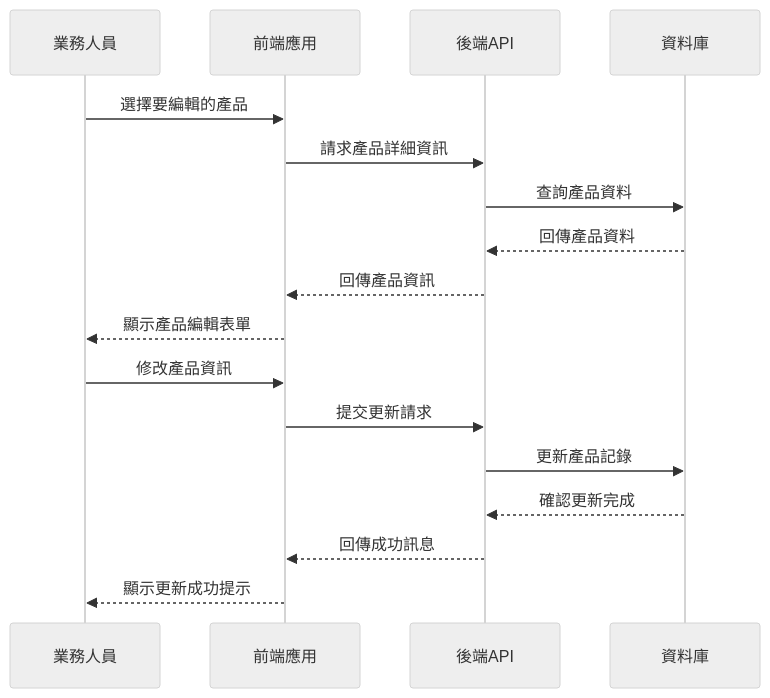
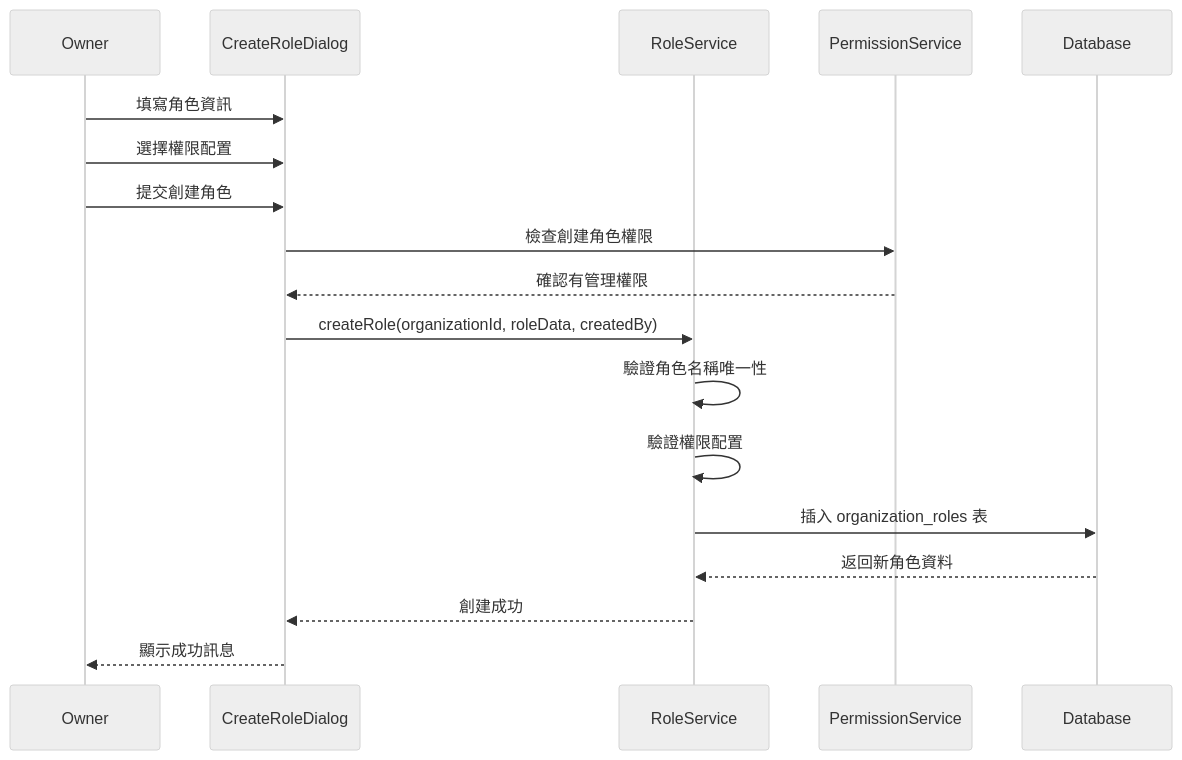
Before and after one commit to quinticechen/qerp-system: the fifth of 18 diagrams in docs/SEQUENCE_DIAGRAMS.md, drawn with Mermaid (neutral theme). The commit also changed other lines of this file and 9 other files, not shown here.

First line of the commit message:
feat: Enhance organization permission management

````diff
--- a/docs/SEQUENCE_DIAGRAMS.md
+++ b/docs/SEQUENCE_DIAGRAMS.md
@@ -68,20 +136,23 @@
 ```mermaid
 sequenceDiagram
-    participant Sales as 業務人員
-    participant Frontend as 前端應用
-    participant API as 後端API
-    participant DB as 資料庫
+    participant O as Owner
+    participant UI as CreateRoleDialog
+    participant RS as RoleService
+    participant PS as PermissionService
+    participant DB as Database
 
-    Sales->>Frontend: 選擇要編輯的產品
-    Frontend->>API: 請求產品詳細資訊
-    API->>DB: 查詢產品資料
-    DB-->>API: 回傳產品資料
-    API-->>Frontend: 回傳產品資訊
-    Frontend-->>Sales: 顯示產品編輯表單
-    Sales->>Frontend: 修改產品資訊
-    Frontend->>API: 提交更新請求
-    API->>DB: 更新產品記錄
-    DB-->>API: 確認更新完成
-    API-->>Frontend: 回傳成功訊息
-    Frontend-->>Sales: 顯示更新成功提示
+    O->>UI: 填寫角色資訊
+    O->>UI: 選擇權限配置
+    O->>UI: 提交創建角色
+    
+    UI->>PS: 檢查創建角色權限
+    PS-->>UI: 確認有管理權限
+    
+    UI->>RS: createRole(organizationId, roleData, createdBy)
+    RS->>RS: 驗證角色名稱唯一性
+    RS->>RS: 驗證權限配置
+    RS->>DB: 插入 organization_roles 表
+    DB-->>RS: 返回新角色資料
+    RS-->>UI: 創建成功
+    UI-->>O: 顯示成功訊息
 ```
````
